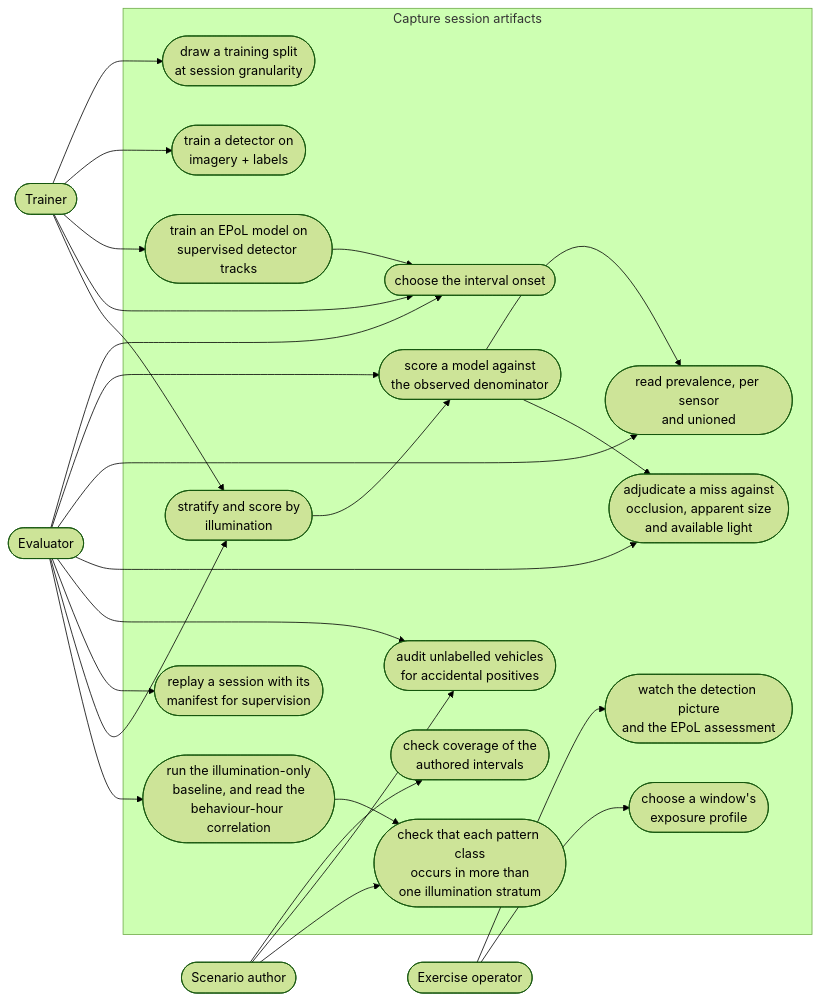
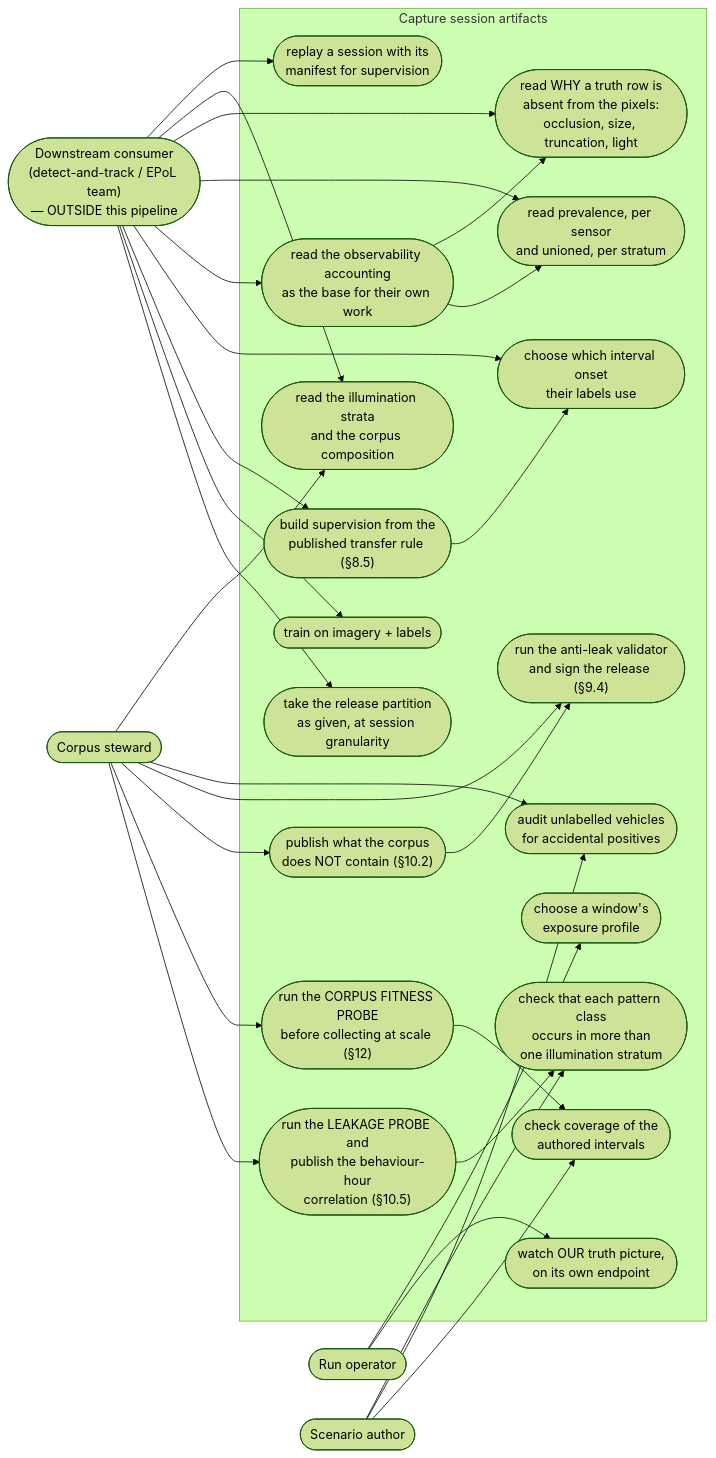
Before and after one commit to sbrett9/carla: the sixth of 6 diagrams in Docs/CAT_Research/Plans/SUMO_Behavioral_Capture/08_Collection_And_EPoL.md, drawn with Mermaid (forest theme). The commit also changed other lines of this file and 10 other files, not shown here.

````diff
--- a/Docs/CAT_Research/Plans/SUMO_Behavioral_Capture/08_Collection_And_EPoL.md
+++ b/Docs/CAT_Research/Plans/SUMO_Behavioral_Capture/08_Collection_And_EPoL.md
@@ -2876,50 +3305,56 @@
 ```mermaid
 flowchart LR
-    TRAINER(["Trainer"])
-    EVALUATOR(["Evaluator"])
-    OPERATOR(["Exercise operator"])
+    CONSUMER(["Downstream consumer<br/>(detect-and-track / EPoL team)<br/>— OUTSIDE this pipeline"])
+    STEWARD(["Corpus steward"])
+    OPERATOR(["Run operator"])
     AUTHOR(["Scenario author"])
 
     subgraph SYS["Capture session artifacts"]
-        U1(["draw a training split<br/>at session granularity"])
-        U2(["train a detector on<br/>imagery + labels"])
-        U3(["train an EPoL model on<br/>supervised detector tracks"])
-        U4(["choose the interval onset"])
-        U5(["score a model against<br/>the observed denominator"])
-        U6(["read prevalence, per sensor<br/>and unioned"])
-        U7(["adjudicate a miss against<br/>occlusion, apparent size<br/>and available light"])
+        U1(["take the release partition<br/>as given, at session granularity"])
+        U2(["train on imagery + labels"])
+        U3(["build supervision from the<br/>published transfer rule (§8.5)"])
+        U4(["choose which interval onset<br/>their labels use"])
+        U5(["read the observability accounting<br/>as the base for their own work"])
+        U6(["read prevalence, per sensor<br/>and unioned, per stratum"])
+        U7(["read WHY a truth row is<br/>absent from the pixels:<br/>occlusion, size, truncation, light"])
         U8(["audit unlabelled vehicles<br/>for accidental positives"])
         U9(["replay a session with its<br/>manifest for supervision"])
-        U10(["watch the detection picture<br/>and the EPoL assessment"])
+        U10(["watch OUR truth picture,<br/>on its own endpoint"])
         U11(["check coverage of the<br/>authored intervals"])
-        U12(["stratify and score by<br/>illumination"])
-        U13(["run the illumination-only<br/>baseline, and read the<br/>behaviour-hour correlation"])
+        U12(["read the illumination strata<br/>and the corpus composition"])
+        U13(["run the LEAKAGE PROBE and<br/>publish the behaviour-hour<br/>correlation (§10.5)"])
         U14(["check that each pattern class<br/>occurs in more than<br/>one illumination stratum"])
         U15(["choose a window's<br/>exposure profile"])
+        U16(["run the CORPUS FITNESS PROBE<br/>before collecting at scale (§12)"])
+        U17(["publish what the corpus<br/>does NOT contain (§10.2)"])
+        U18(["run the anti-leak validator<br/>and sign the release (§9.4)"])
     end
 
-    TRAINER --> U1
-    TRAINER --> U2
-    TRAINER --> U3
-    TRAINER --> U4
-    TRAINER --> U12
-    EVALUATOR --> U4
-    EVALUATOR --> U5
-    EVALUATOR --> U6
-    EVALUATOR --> U7
-    EVALUATOR --> U8
-    EVALUATOR --> U9
-    EVALUATOR --> U12
-    EVALUATOR --> U13
+    CONSUMER --> U1
+    CONSUMER --> U2
+    CONSUMER --> U3
+    CONSUMER --> U4
+    CONSUMER --> U5
+    CONSUMER --> U6
+    CONSUMER --> U7
+    CONSUMER --> U12
+    CONSUMER --> U9
+    STEWARD --> U13
+    STEWARD --> U16
+    STEWARD --> U17
+    STEWARD --> U18
+    STEWARD --> U8
+    STEWARD --> U12
     OPERATOR --> U10
     OPERATOR --> U15
     AUTHOR --> U11
     AUTHOR --> U8
     AUTHOR --> U14
 
     U5 --> U6
     U5 --> U7
     U3 --> U4
-    U12 --> U5
+    U16 --> U11
     U13 --> U14
+    U17 --> U18
 ```
````
